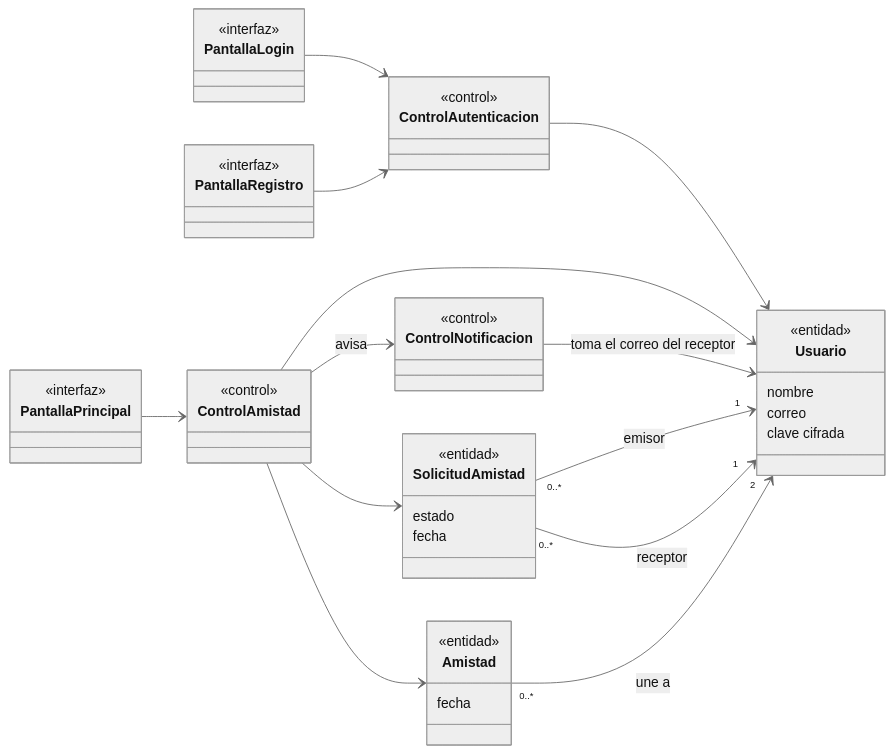
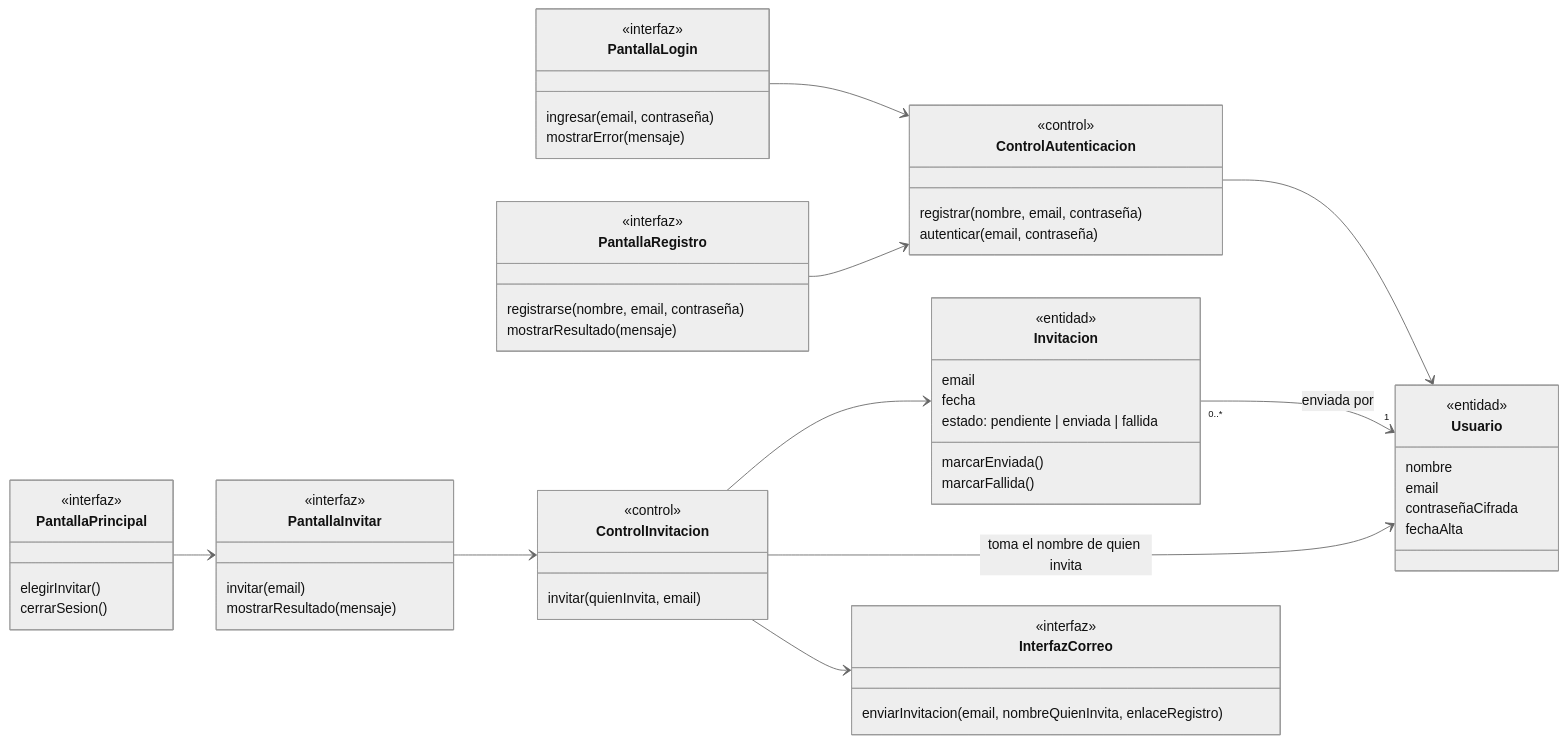
One commit to ELCOMANDANTE18/final-ing changed the first of 2 diagrams in docs/ANALISIS_UMBook.md. Above: the diagram before and after it, drawn with Mermaid (neutral theme). The commit also changed other lines of this file and 22 other files, not shown here.

````diff
--- a/docs/ANALISIS_UMBook.md
+++ b/docs/ANALISIS_UMBook.md
@@ -51,53 +60,65 @@
 ```mermaid
 classDiagram
     direction LR
 
     class PantallaLogin {
         <<interfaz>>
+        ingresar(email, contraseña)
+        mostrarError(mensaje)
     }
     class PantallaRegistro {
         <<interfaz>>
+        registrarse(nombre, email, contraseña)
+        mostrarResultado(mensaje)
     }
     class PantallaPrincipal {
         <<interfaz>>
+        elegirInvitar()
+        cerrarSesion()
+    }
+    class PantallaInvitar {
+        <<interfaz>>
+        invitar(email)
+        mostrarResultado(mensaje)
+    }
+    class InterfazCorreo {
+        <<interfaz>>
+        enviarInvitacion(email, nombreQuienInvita, enlaceRegistro)
     }
 
     class ControlAutenticacion {
         <<control>>
+        registrar(nombre, email, contraseña)
+        autenticar(email, contraseña)
     }
-    class ControlAmistad {
+    class ControlInvitacion {
         <<control>>
-    }
-    class ControlNotificacion {
-        <<control>>
+        invitar(quienInvita, email)
     }
 
     class Usuario {
         <<entidad>>
         nombre
-        correo
-        clave cifrada
+        email
+        contraseñaCifrada
+        fechaAlta
     }
-    class SolicitudAmistad {
+    class Invitacion {
         <<entidad>>
-        estado
+        email
         fecha
-    }
-    class Amistad {
-        <<entidad>>
-        fecha
+        estado: pendiente | enviada | fallida
+        marcarEnviada()
+        marcarFallida()
     }
 
     PantallaLogin --> ControlAutenticacion
     PantallaRegistro --> ControlAutenticacion
-    PantallaPrincipal --> ControlAmistad
+    PantallaPrincipal --> PantallaInvitar
+    PantallaInvitar --> ControlInvitacion
     ControlAutenticacion --> Usuario
-    ControlAmistad --> SolicitudAmistad
-    ControlAmistad --> Amistad
-    ControlAmistad --> Usuario
-    ControlAmistad --> ControlNotificacion : avisa
-    ControlNotificacion --> Usuario : toma el correo del receptor
-    SolicitudAmistad "0..*" --> "1" Usuario : emisor
-    SolicitudAmistad "0..*" --> "1" Usuario : receptor
-    Amistad "0..*" --> "2" Usuario : une a
+    ControlInvitacion --> Invitacion
+    ControlInvitacion --> Usuario : toma el nombre de quien invita
+    ControlInvitacion --> InterfazCorreo
+    Invitacion "0..*" --> "1" Usuario : enviada por
 ```
````
